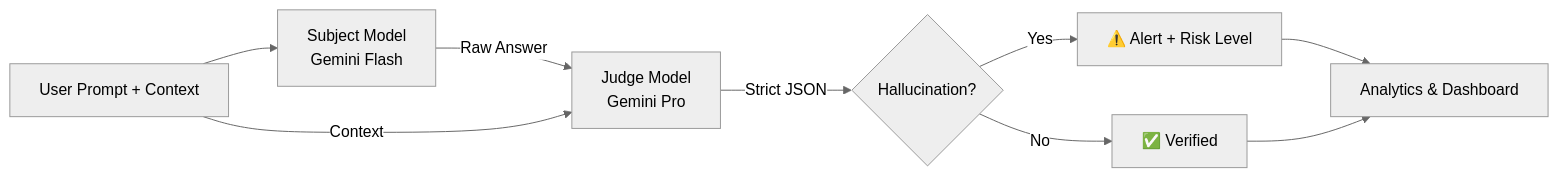
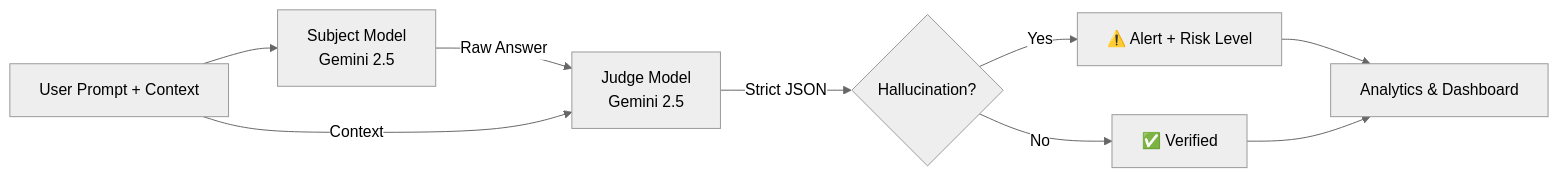
The diagram in README.md (N0AHZACH/GhostWire), drawn with Mermaid (neutral theme) before and after one commit. The commit also changed other lines of this file, not shown here.

Commit message:
Update README with model versions, genai SDK, Plotly deps, JSON schemas, Streamlit info, and test scripts

````diff
--- a/README.md
+++ b/README.md
@@ -30,11 +30,11 @@
 ```mermaid
 flowchart LR
-    A[User Prompt + Context] --> B[Subject Model<br/>Gemini Flash]
-    B -->|Raw Answer| C[Judge Model<br/>Gemini Pro]
+    A[User Prompt + Context] --> B[Subject Model<br/>Gemini 2.5]
+    B -->|Raw Answer| C[Judge Model<br/>Gemini 2.5]
     A -->|Context| C
     C -->|Strict JSON| D{Hallucination?}
     D -->|Yes| E[⚠️ Alert + Risk Level]
     D -->|No| F[✅ Verified]
     E --> G[Analytics & Dashboard]
     F --> G
 ```
````
